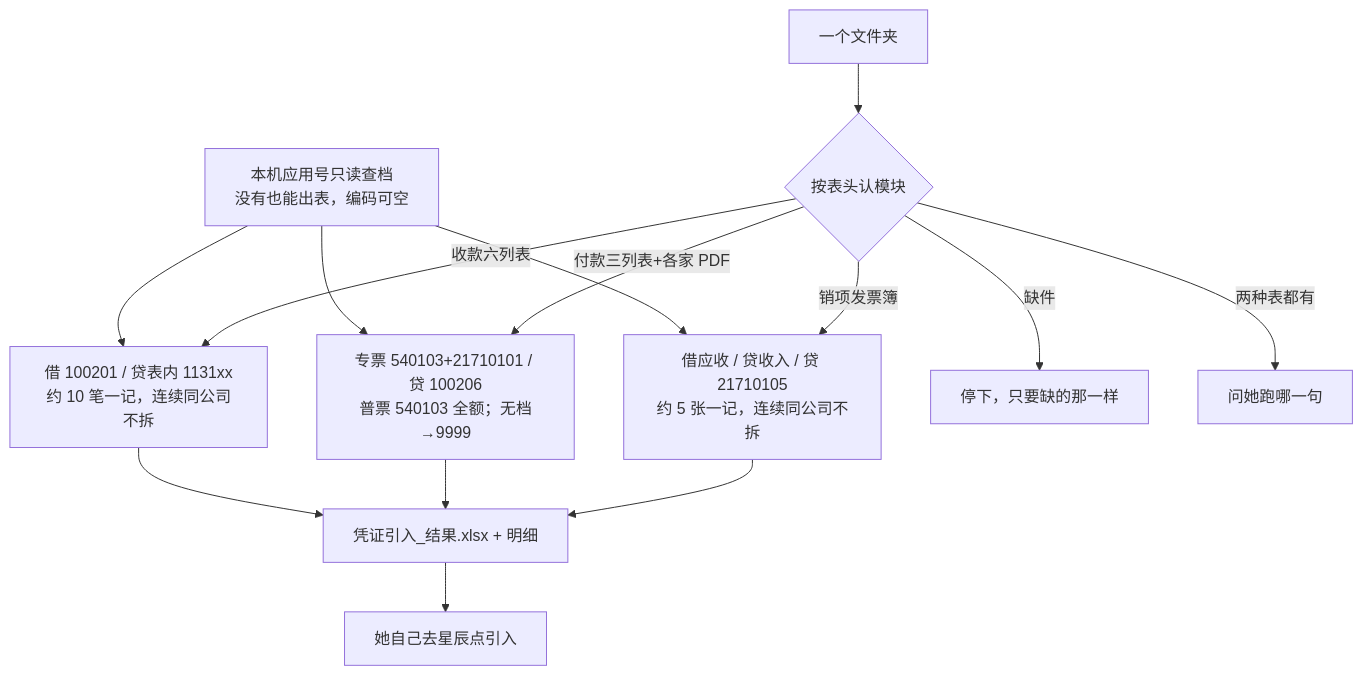
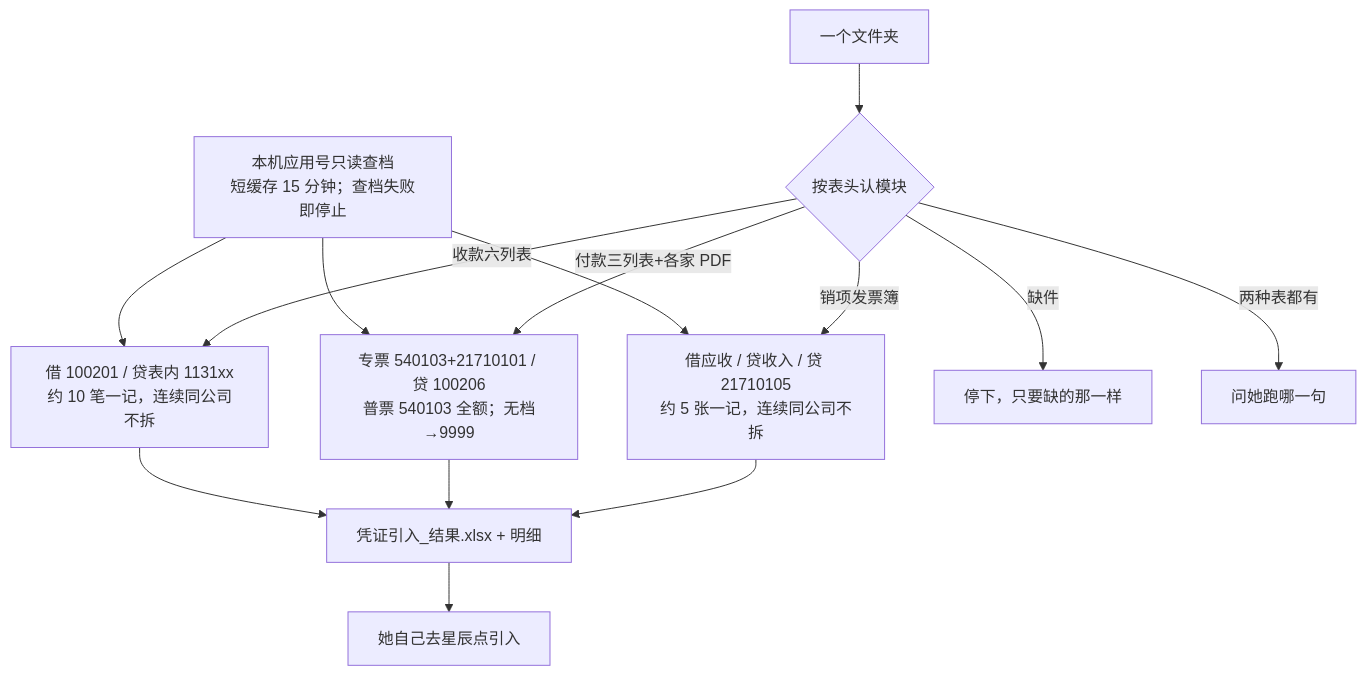
Before and after one commit to EvanLee2004/finance-skills: the diagram in skills/kingdee-posting/README.md, drawn with Mermaid. The commit also changed other lines of this file and 8 other files, not shown here.

````diff
--- a/skills/kingdee-posting/README.md
+++ b/skills/kingdee-posting/README.md
@@ -51,16 +51,16 @@
 ```mermaid
 flowchart TD
   A["一个文件夹"] --> B{"按表头认模块"}
   B -->|销项发票簿| S["借应收 / 贷收入 / 贷 21710105<br/>约 5 张一记，连续同公司不拆"]
   B -->|付款三列表+各家 PDF| P["专票 540103+21710101 / 贷 100206<br/>普票 540103 全额；无档→9999"]
   B -->|收款六列表| R["借 100201 / 贷表内 1131xx<br/>约 10 笔一记，连续同公司不拆"]
   B -->|缺件| M["停下，只要缺的那一样"]
   B -->|两种表都有| Q["问她跑哪一句"]
   S --> O["凭证引入_结果.xlsx + 明细"]
   P --> O
   R --> O
   O --> H["她自己去星辰点引入"]
-  K["本机应用号只读查档<br/>没有也能出表，编码可空"] --> S
+  K["本机应用号只读查档<br/>短缓存 15 分钟；查档失败即停止"] --> S
   K --> P
   K --> R
 ```
````
